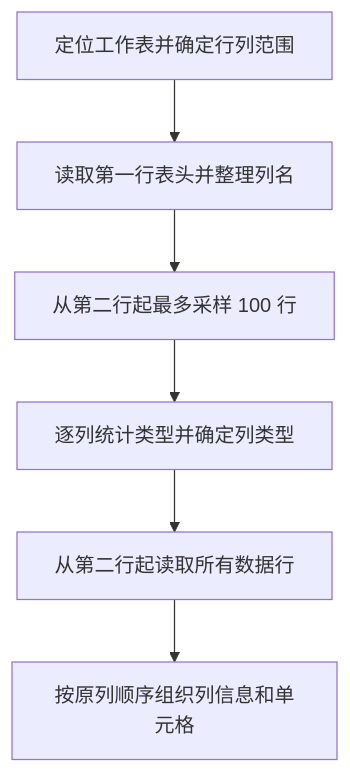
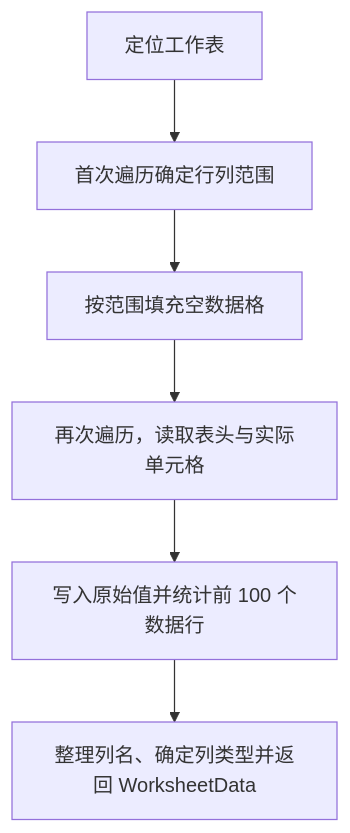
Before and after one commit to Dairenwen/chat2data-cpp: the fourth of 4 diagrams in chat2data/docs/Excel解析服务.md, drawn with Mermaid. The commit also changed other lines of this file and 4 other files, not shown here.

````diff
--- a/chat2data/docs/Excel解析服务.md
+++ b/chat2data/docs/Excel解析服务.md
@@ -110,8 +156,8 @@
 ```mermaid
 flowchart TD
-    Sheet["定位工作表并确定行列范围"] --> Header["读取第一行表头并整理列名"]
-    Header --> Sample["从第二行起最多采样 100 行"]
-    Sample --> Infer["逐列统计类型并确定列类型"]
-    Infer --> Read["从第二行起读取所有数据行"]
-    Read --> Finish["按原列顺序组织列信息和单元格"]
+    Sheet["定位工作表"] --> Range["首次遍历确定行列范围"]
+    Range --> Reserve["按范围填充空数据格"]
+    Reserve --> Read["再次遍历，读取表头与实际单元格"]
+    Read --> Sample["写入原始值并统计前 100 个数据行"]
+    Sample --> Finish["整理列名、确定列类型并返回 WorksheetData"]
 ```
````
